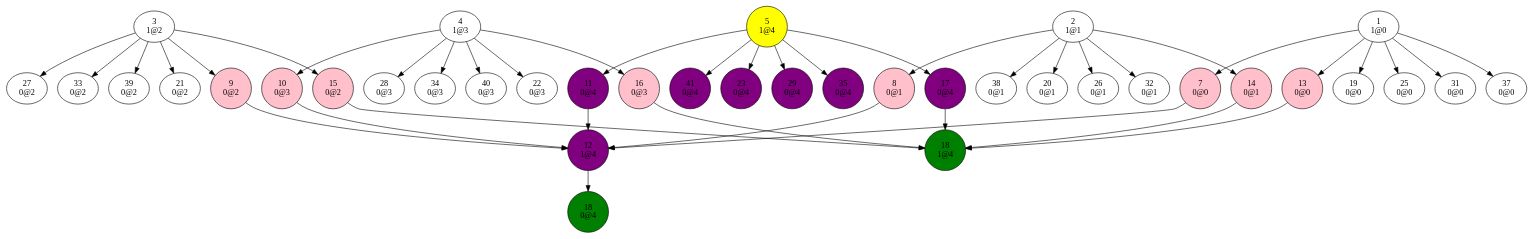
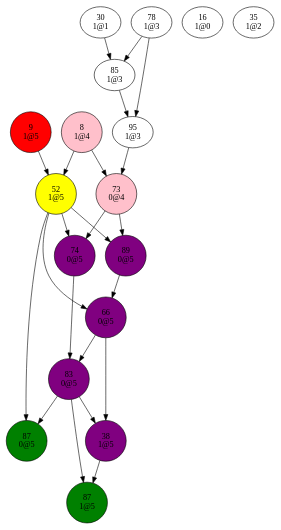
Before and after one commit to Oxmose/SATSolver: the diagram in dev/bin/conflictGraph0.dot, drawn with Graphviz. The commit also changed 13 other files, not shown here.

```diff
--- a/dev/bin/conflictGraph0.dot
+++ b/dev/bin/conflictGraph0.dot
@@ -1,205 +1,98 @@
 digraph {
-"1
-1@0"->"7
-0@0";
-"1
-1@0"->"13
-0@0";
-"1
-1@0"->"19
-0@0";
-"1
-1@0"->"25
-0@0";
-"1
-1@0"->"31
-0@0";
-"1
-1@0"->"37
-0@0";
-"2
-1@1"->"8
-0@1";
-"2
-1@1"->"14
-0@1";
-"2
-1@1"->"20
-0@1";
-"2
-1@1"->"26
-0@1";
-"2
-1@1"->"32
-0@1";
-"2
-1@1"->"38
-0@1";
-"3
-1@2"->"9
-0@2";
-"3
-1@2"->"15
-0@2";
-"3
-1@2"->"21
-0@2";
-"3
-1@2"->"27
-0@2";
-"3
-1@2"->"33
-0@2";
-"3
-1@2"->"39
-0@2";
-"4
-1@3"->"10
-0@3";
-"4
-1@3"->"16
-0@3";
-"4
-1@3"->"22
-0@3";
-"4
-1@3"->"28
-0@3";
-"4
-1@3"->"34
-0@3";
-"4
-1@3"->"40
-0@3";
-"5
-1@4"->"11
+"8
+1@4"->"52
+1@5";
+"8
+1@4"->"73
 0@4";
-"5
-1@4"->"17
+"9
+1@5"->"52
+1@5";
+"16
+1@0";
+"30
+1@1"->"85
+1@3";
+"35
+1@2";
+"38
+1@5"->"87
+1@5";
+"52
+1@5"->"66
+0@5";
+"52
+1@5"->"74
+0@5";
+"52
+1@5"->"87
+0@5";
+"52
+1@5"->"89
+0@5";
+"66
+0@5"->"38
+1@5";
+"66
+0@5"->"83
+0@5";
+"73
+0@4"->"74
+0@5";
+"73
+0@4"->"89
+0@5";
+"74
+0@5"->"83
+0@5";
+"78
+1@3"->"85
+1@3";
+"78
+1@3"->"95
+1@3";
+"83
+0@5"->"38
+1@5";
+"83
+0@5"->"87
+0@5";
+"83
+0@5"->"87
+1@5";
+"85
+1@3"->"95
+1@3";
+"87
+0@5";
+"87
+1@5";
+"89
+0@5"->"66
+0@5";
+"95
+1@3"->"73
 0@4";
-"5
-1@4"->"23
-0@4";
-"5
-1@4"->"29
-0@4";
-"5
-1@4"->"35
-0@4";
-"5
-1@4"->"41
-0@4";
-"7
-0@0"->"12
-1@4";
 "8
-0@1"->"12
-1@4";
+1@4"[shape=circle, style=filled, fillcolor=pink];
 "9
-0@2"->"12
-1@4";
-"10
-0@3"->"12
-1@4";
-"11
-0@4"->"12
-1@4";
-"12
-1@4"->"18
-0@4";
-"13
-0@0"->"18
-1@4";
-"14
-0@1"->"18
-1@4";
-"15
-0@2"->"18
-1@4";
-"16
-0@3"->"18
-1@4";
-"17
-0@4"->"18
-1@4";
-"18
-0@4";
-"18
-1@4";
-"19
-0@0";
-"20
-0@1";
-"21
-0@2";
-"22
-0@3";
-"23
-0@4";
-"25
-0@0";
-"26
-0@1";
-"27
-0@2";
-"28
-0@3";
-"29
-0@4";
-"31
-0@0";
-"32
-0@1";
-"33
-0@2";
-"34
-0@3";
-"35
-0@4";
-"37
-0@0";
+1@5"[shape=circle, style=filled, fillcolor=red];
 "38
-0@1";
-"39
-0@2";
-"40
-0@3";
-"41
-0@4";
-"5
-1@4"[shape=circle, style=filled, fillcolor=yellow];
-"7
-0@0"[shape=circle, style=filled, fillcolor=pink];
-"8
-0@1"[shape=circle, style=filled, fillcolor=pink];
-"9
-0@2"[shape=circle, style=filled, fillcolor=pink];
-"10
-0@3"[shape=circle, style=filled, fillcolor=pink];
-"11
-0@4"[shape=circle, style=filled, fillcolor=purple];
-"12
-1@4"[shape=circle, style=filled, fillcolor=purple];
-"13
-0@0"[shape=circle, style=filled, fillcolor=pink];
-"14
-0@1"[shape=circle, style=filled, fillcolor=pink];
-"15
-0@2"[shape=circle, style=filled, fillcolor=pink];
-"16
-0@3"[shape=circle, style=filled, fillcolor=pink];
-"17
-0@4"[shape=circle, style=filled, fillcolor=purple];
-"18
-0@4"[shape=circle, style=filled, fillcolor=green];
-"18
-1@4"[shape=circle, style=filled, fillcolor=green];
-"23
-0@4"[shape=circle, style=filled, fillcolor=purple];
-"29
-0@4"[shape=circle, style=filled, fillcolor=purple];
-"35
-0@4"[shape=circle, style=filled, fillcolor=purple];
-"41
-0@4"[shape=circle, style=filled, fillcolor=purple];
+1@5"[shape=circle, style=filled, fillcolor=purple];
+"52
+1@5"[shape=circle, style=filled, fillcolor=yellow];
+"66
+0@5"[shape=circle, style=filled, fillcolor=purple];
+"73
+0@4"[shape=circle, style=filled, fillcolor=pink];
+"74
+0@5"[shape=circle, style=filled, fillcolor=purple];
+"83
+0@5"[shape=circle, style=filled, fillcolor=purple];
+"87
+0@5"[shape=circle, style=filled, fillcolor=green];
+"87
+1@5"[shape=circle, style=filled, fillcolor=green];
+"89
+0@5"[shape=circle, style=filled, fillcolor=purple];
 }
```
